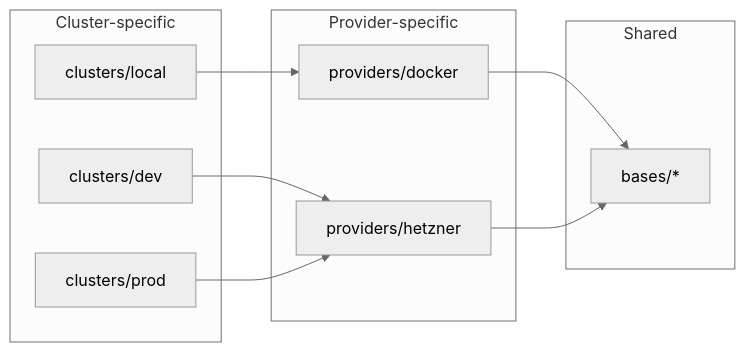
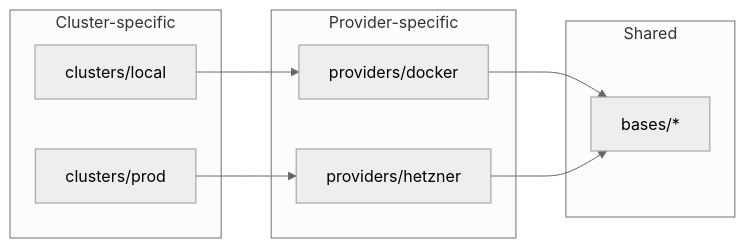
Before and after one commit to devantler-tech/platform: the first of 2 diagrams in README.md, drawn with Mermaid (neutral theme). The commit also changed other lines of this file and 20 other files, not shown here.

````diff
--- a/README.md
+++ b/README.md
@@ -106,23 +98,21 @@
 ```mermaid
 graph LR
   subgraph "Cluster-specific"
     local["clusters/local"]
-    dev["clusters/dev"]
     prod["clusters/prod"]
   end
 
   subgraph "Provider-specific"
     docker["providers/docker"]
     hetzner["providers/hetzner"]
   end
 
   subgraph "Shared"
     bases["bases/*"]
   end
 
   local --> docker
-  dev --> hetzner
   prod --> hetzner
   docker --> bases
   hetzner --> bases
 ```
````
